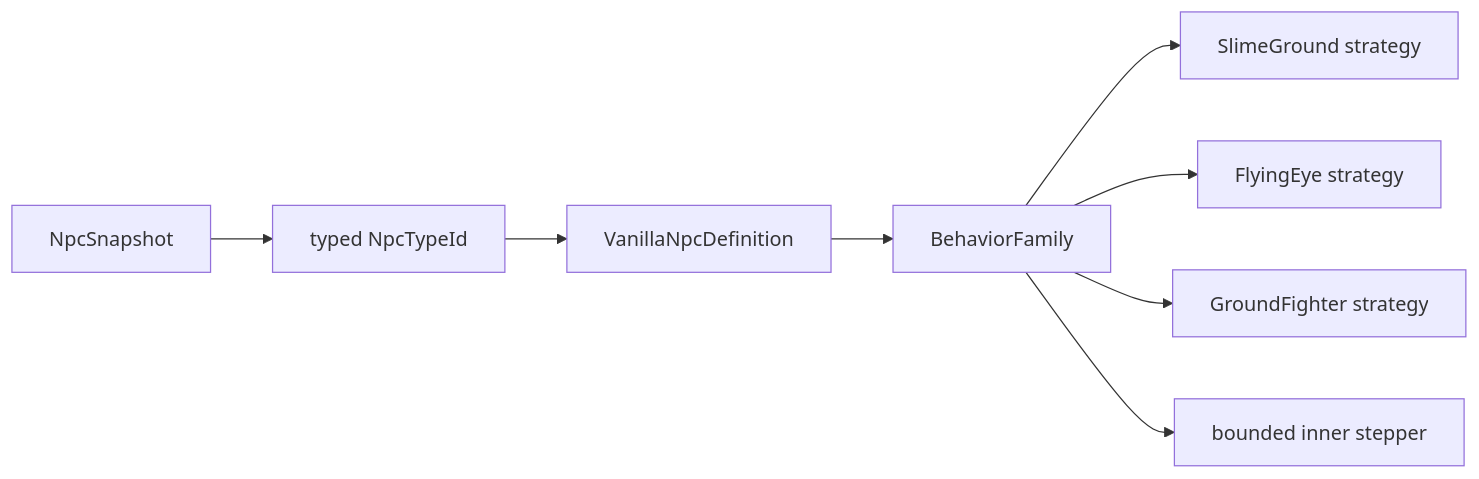
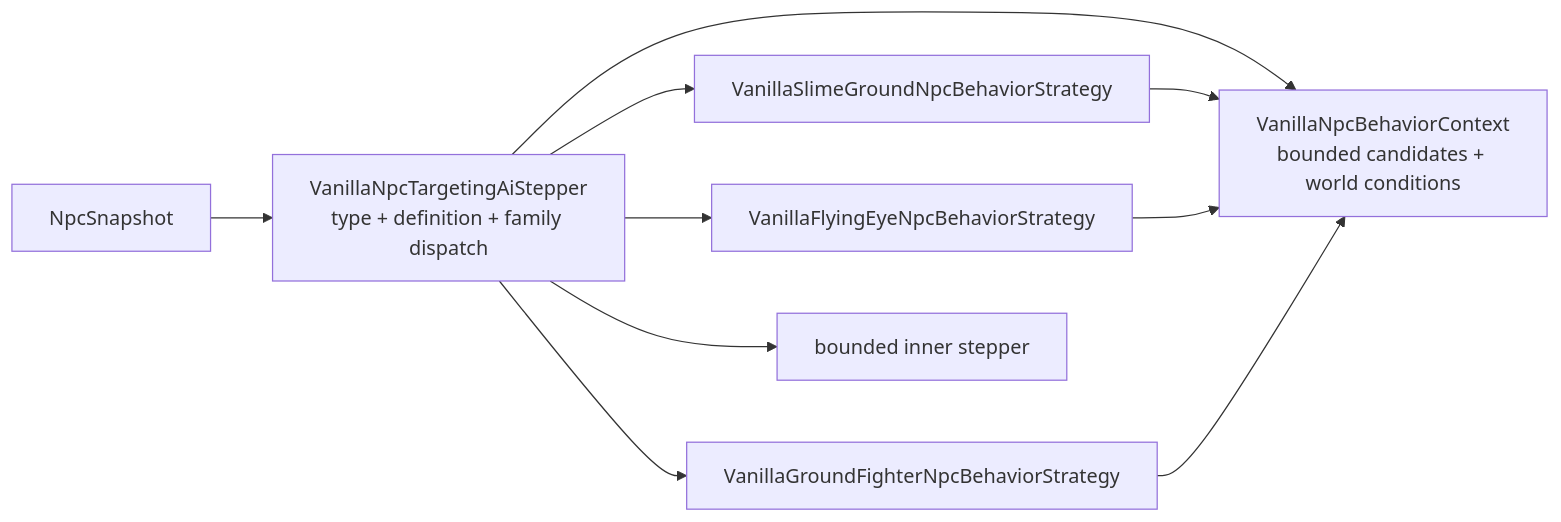
Before and after one commit to VegaKernel/TerraRuntime: the diagram in docs/en/npc-behavior-families.md, drawn with Mermaid. The commit also changed other lines of this file and 6 other files, not shown here.

First line of the commit message:
Gameplay: complete NPC behavior-family decomposition

````diff
--- a/docs/en/npc-behavior-families.md
+++ b/docs/en/npc-behavior-families.md
@@ -26,10 +28,12 @@
 ```mermaid
 flowchart LR
-    Snapshot["NpcSnapshot"] --> Type["typed NpcTypeId"]
-    Type --> Definition["VanillaNpcDefinition"]
-    Definition --> Family["BehaviorFamily"]
-    Family --> Slime["SlimeGround strategy"]
-    Family --> Eye["FlyingEye strategy"]
-    Family --> Fighter["GroundFighter strategy"]
-    Family --> Fallback["bounded inner stepper"]
+    Snapshot["NpcSnapshot"] --> Facade["VanillaNpcTargetingAiStepper<br/>type + definition + family dispatch"]
+    Facade --> Context["VanillaNpcBehaviorContext<br/>bounded candidates + world conditions"]
+    Facade --> Slime["VanillaSlimeGroundNpcBehaviorStrategy"]
+    Facade --> Eye["VanillaFlyingEyeNpcBehaviorStrategy"]
+    Facade --> Fighter["VanillaGroundFighterNpcBehaviorStrategy"]
+    Slime --> Context
+    Eye --> Context
+    Fighter --> Context
+    Facade --> Fallback["bounded inner stepper"]
 ```
````
